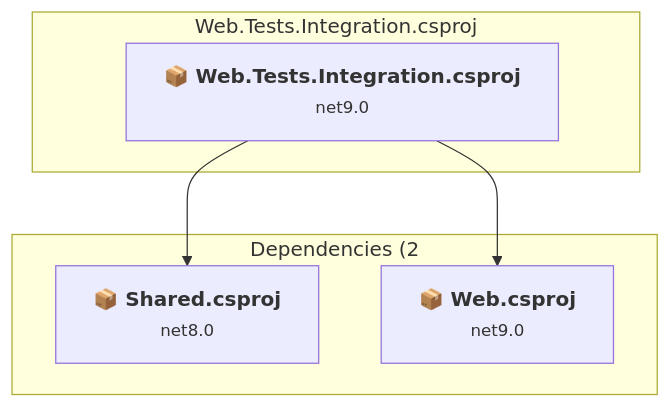
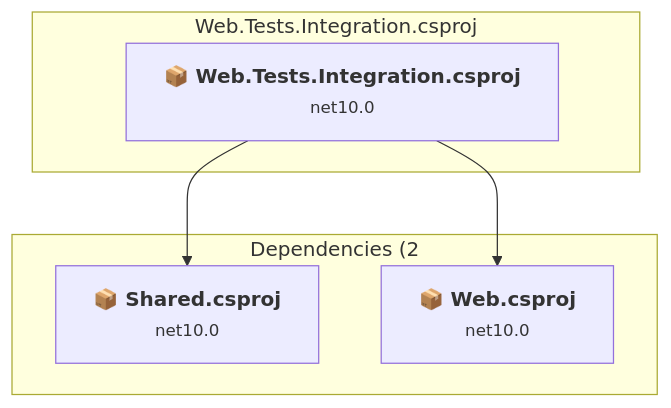
The ninth of 10 diagrams in .github/upgrades/assessment.md (mpaulosky/ArticlesSite), drawn with Mermaid before and after one commit. The commit also changed other lines of this file and 11 other files, not shown here.

````diff
--- a/.github/upgrades/assessment.md
+++ b/.github/upgrades/assessment.md
@@ -471,16 +463,16 @@
 ```mermaid
 flowchart TB
     subgraph current["Web.Tests.Integration.csproj"]
-        MAIN["<b>📦&nbsp;Web.Tests.Integration.csproj</b><br/><small>net9.0</small>"]
+        MAIN["<b>📦&nbsp;Web.Tests.Integration.csproj</b><br/><small>net10.0</small>"]
         click MAIN "#testswebtestsintegrationwebtestsintegrationcsproj"
     end
     subgraph downstream["Dependencies (2"]
-        P4["<b>📦&nbsp;Shared.csproj</b><br/><small>net8.0</small>"]
-        P5["<b>📦&nbsp;Web.csproj</b><br/><small>net9.0</small>"]
+        P4["<b>📦&nbsp;Shared.csproj</b><br/><small>net10.0</small>"]
+        P5["<b>📦&nbsp;Web.csproj</b><br/><small>net10.0</small>"]
         click P4 "#srcsharedsharedcsproj"
         click P5 "#srcwebwebcsproj"
     end
     MAIN --> P4
     MAIN --> P5
 
 ```
````
